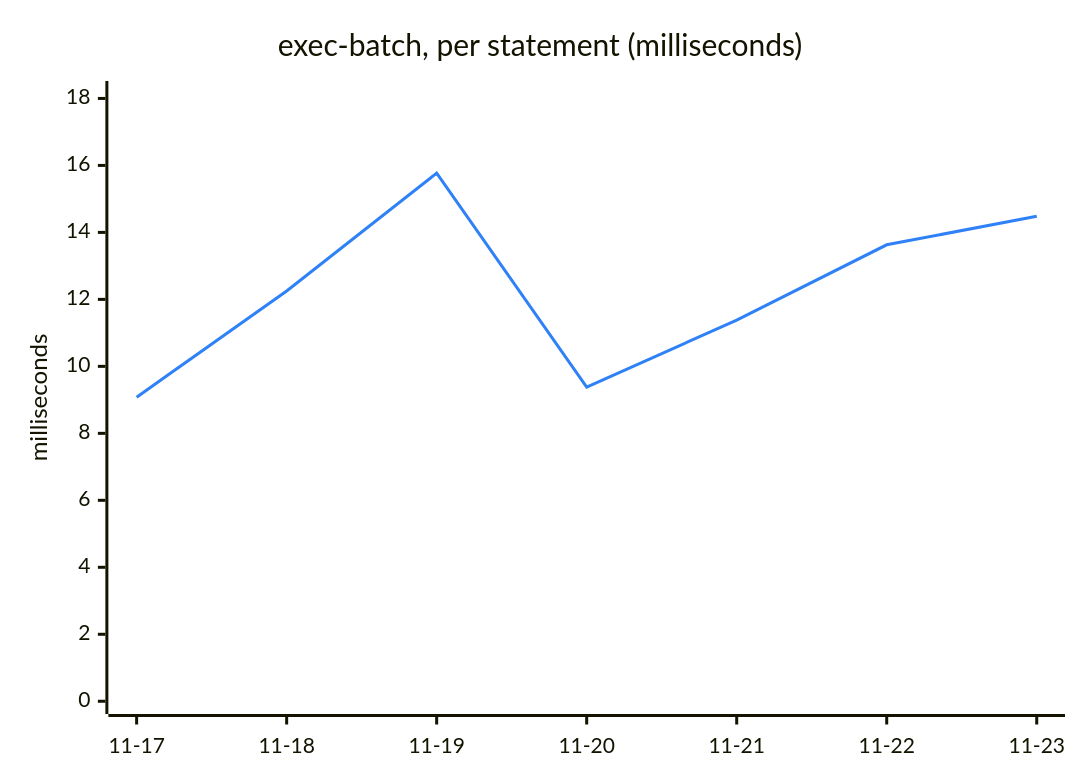
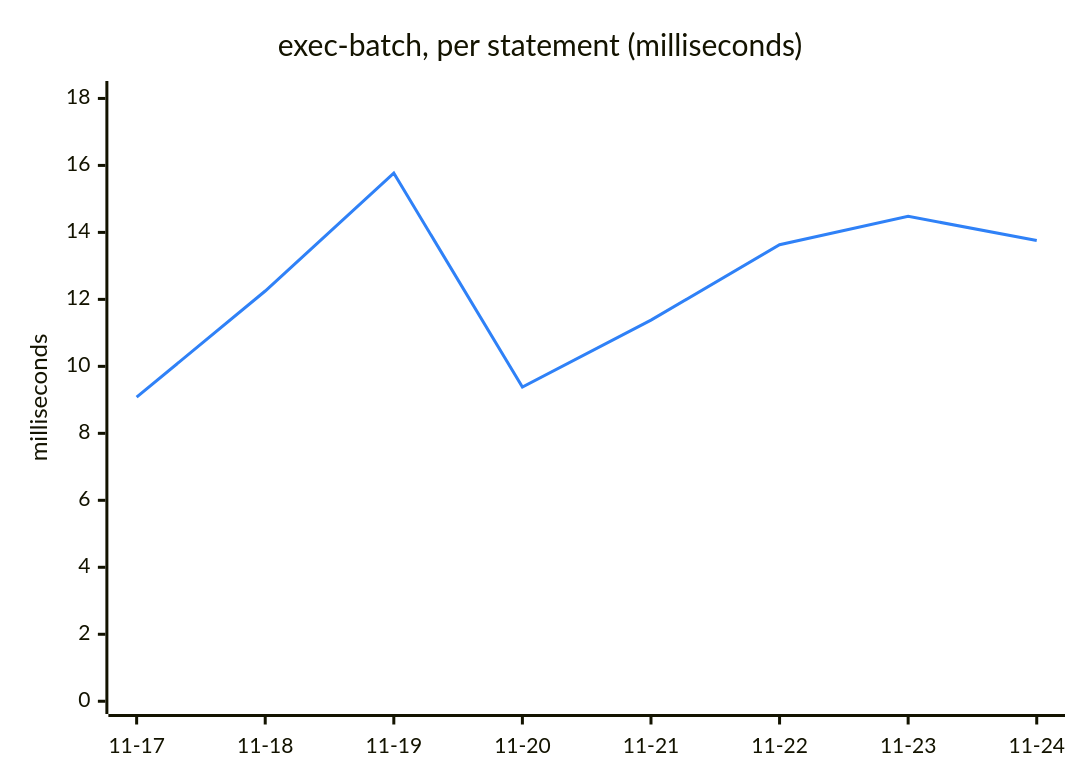
Before and after one commit to Ricovl/mxcli: the fifth of 6 diagrams in TREND.md, drawn with Mermaid. The commit also changed other lines of this file and 2 other files, not shown here.

````diff
--- a/TREND.md
+++ b/TREND.md
@@ -111,13 +111,13 @@
 ```mermaid
 ---
 config:
   themeVariables:
     xyChart:
       plotColorPalette: "#2f81f7"
 ---
 xychart-beta
     title "exec-batch, per statement (milliseconds)"
-    x-axis ["11-17", "11-18", "11-19", "11-20", "11-21", "11-22", "11-23"]
+    x-axis ["11-17", "11-18", "11-19", "11-20", "11-21", "11-22", "11-23", "11-24"]
     y-axis "milliseconds" 0 --> 18.14
-    line [9.08, 12.25, 15.77, 9.38, 11.38, 13.63, 14.48]
+    line [9.08, 12.25, 15.77, 9.38, 11.38, 13.63, 14.48, 13.76]
 ```
````
